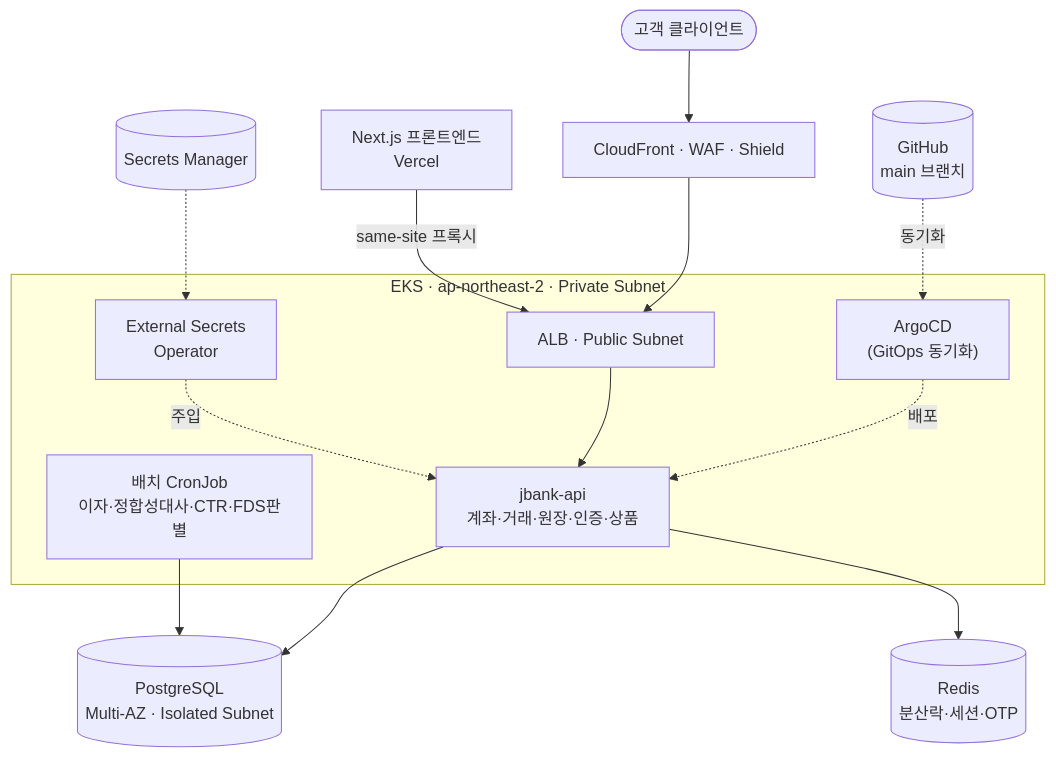
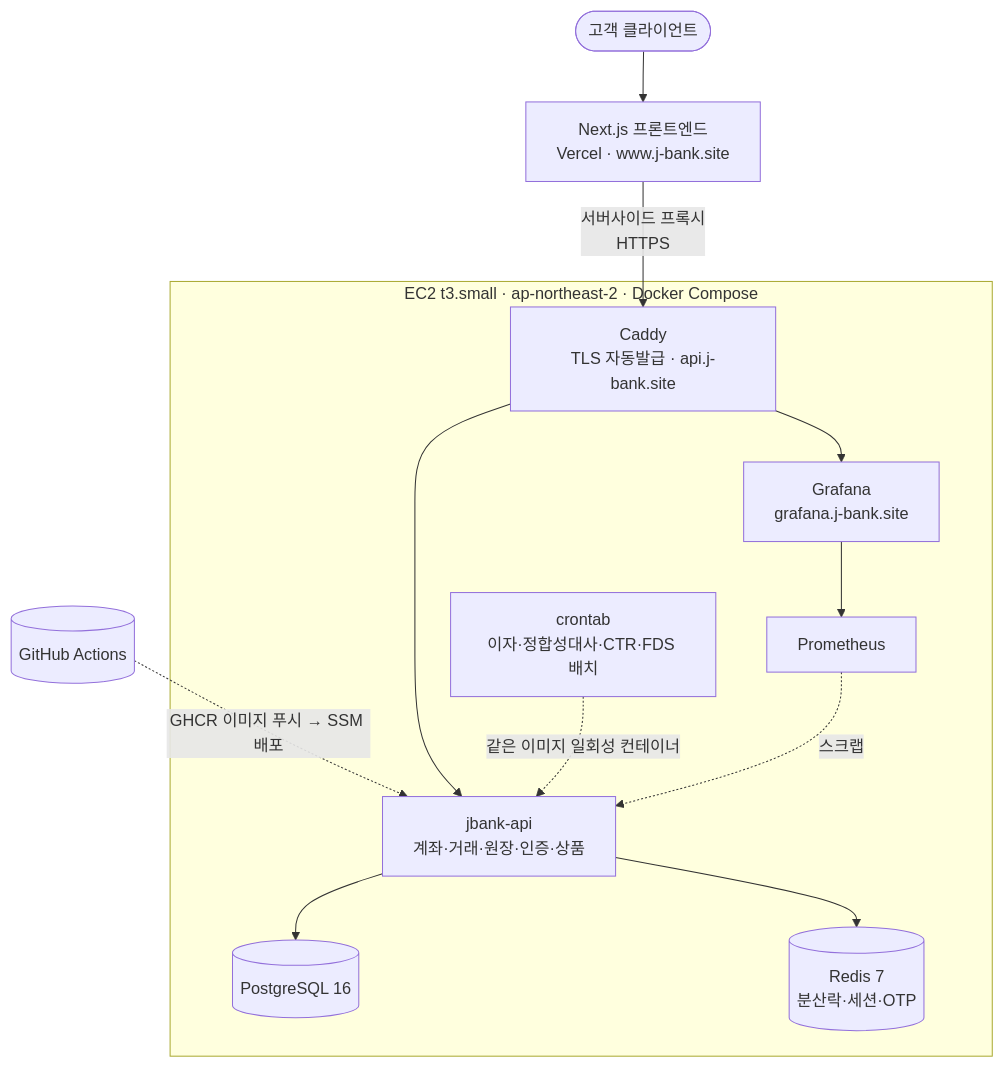
One commit to JaeHyun10-03/J-Bank changed the first of 4 diagrams in README.md. Above: the diagram before and after it, drawn with Mermaid. The commit also changed other lines of this file and 9 other files, not shown here.

````diff
--- a/README.md
+++ b/README.md
@@ -44,20 +44,16 @@
 ```mermaid
 flowchart TB
-    User([고객 클라이언트]) --> CF["CloudFront · WAF · Shield"]
-    CF --> ALB["ALB · Public Subnet"]
-    Git[("GitHub<br/>main 브랜치")] -.동기화.-> Argo
+    User([고객 클라이언트]) --> Web["Next.js 프론트엔드<br/>Vercel · www.j-bank.site"]
+    Web -->|서버사이드 프록시<br/>HTTPS| Caddy
+    GH[("GitHub Actions")] -.GHCR 이미지 푸시 → SSM 배포.-> API
 
-    subgraph VPC["EKS · ap-northeast-2 · Private Subnet"]
-        Argo["ArgoCD<br/>(GitOps 동기화)"] -.배포.-> API
-        ALB --> API["jbank-api<br/>계좌·거래·원장·인증·상품"]
-        Batch["배치 CronJob<br/>이자·정합성대사·CTR·FDS판별"]
-        ESO["External Secrets<br/>Operator"] -.주입.-> API
+    subgraph EC2["EC2 t3.small · ap-northeast-2 · Docker Compose"]
+        Caddy["Caddy<br/>TLS 자동발급 · api.j-bank.site"] --> API["jbank-api<br/>계좌·거래·원장·인증·상품"]
+        Cron["crontab<br/>이자·정합성대사·CTR·FDS 배치"] -.같은 이미지 일회성 컨테이너.-> API
+        API --> PG[("PostgreSQL 16")]
+        API --> Redis[("Redis 7<br/>분산락·세션·OTP")]
+        Prom["Prometheus"] -.스크랩.-> API
+        Grafana["Grafana<br/>grafana.j-bank.site"] --> Prom
+        Caddy --> Grafana
     end
-
-    SM[("Secrets Manager")] -.-> ESO
-    API --> RDS[("PostgreSQL<br/>Multi-AZ · Isolated Subnet")]
-    API --> Redis[("Redis<br/>분산락·세션·OTP")]
-    Batch --> RDS
-
-    Web["Next.js 프론트엔드<br/>Vercel"] -->|same-site 프록시| ALB
 ```
````
